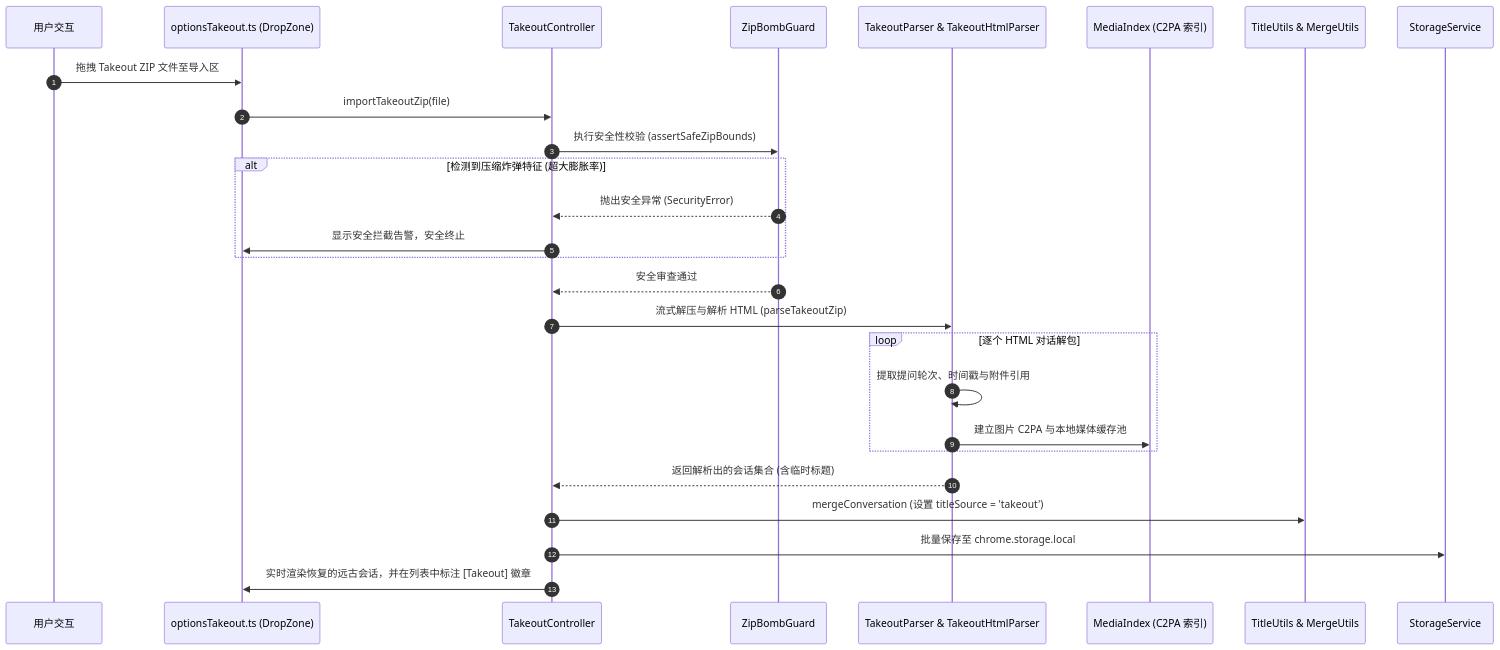
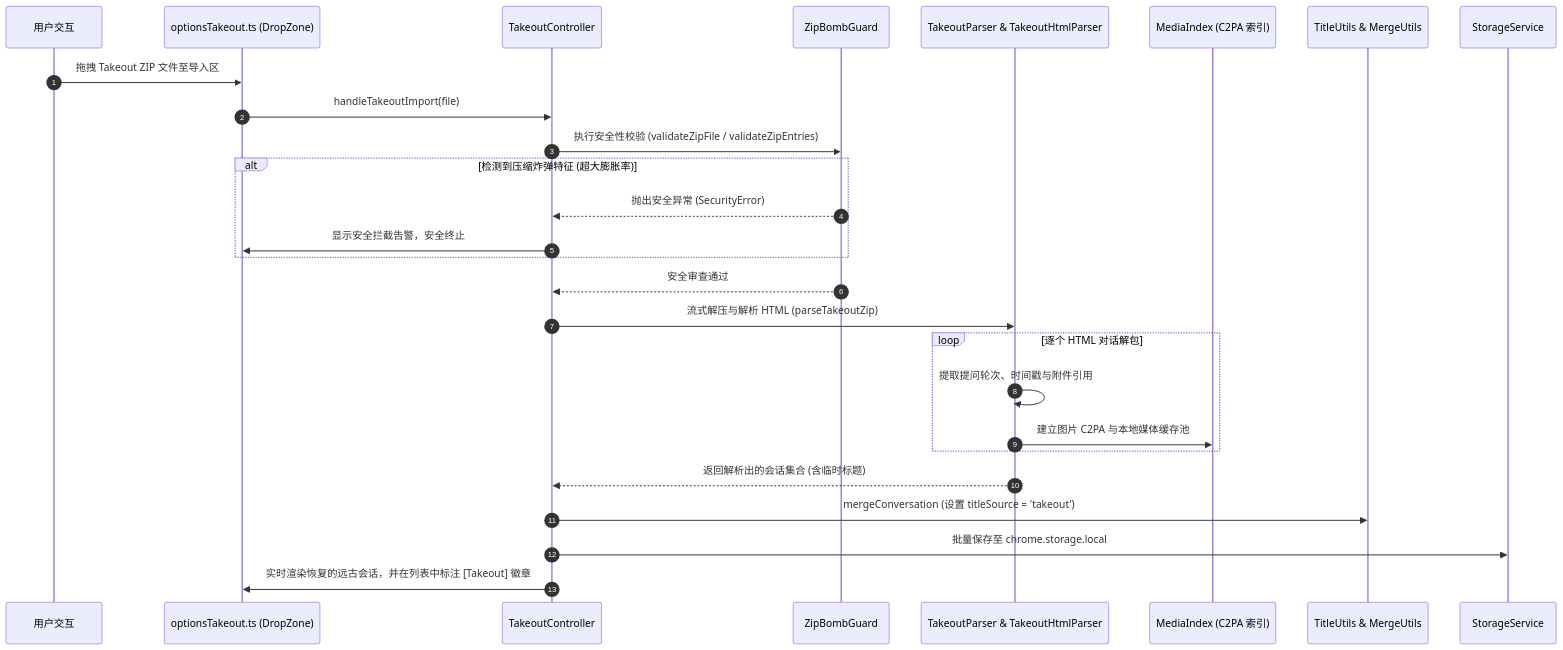
The fifth of 8 diagrams in docs/architecture.md (OTLFrostA/gemini-exporter), drawn with Mermaid before and after one commit. The commit also changed other lines of this file, not shown here.

````diff
--- a/docs/architecture.md
+++ b/docs/architecture.md
@@ -480,30 +479,30 @@
 ```mermaid
 sequenceDiagram
     autonumber
     participant User as 用户交互
     participant UI as optionsTakeout.ts (DropZone)
     participant Ctrl as TakeoutController
     participant Guard as ZipBombGuard
     participant Parser as TakeoutParser & TakeoutHtmlParser
     participant Media as MediaIndex (C2PA 索引)
     participant SSoT as TitleUtils & MergeUtils
     participant Store as StorageService
 
     User->>UI: 拖拽 Takeout ZIP 文件至导入区
-    UI->>Ctrl: importTakeoutZip(file)
-    Ctrl->>Guard: 执行安全性校验 (assertSafeZipBounds)
+    UI->>Ctrl: handleTakeoutImport(file)
+    Ctrl->>Guard: 执行安全性校验 (validateZipFile / validateZipEntries)
     alt 检测到压缩炸弹特征 (超大膨胀率)
         Guard-->>Ctrl: 抛出安全异常 (SecurityError)
         Ctrl->>UI: 显示安全拦截告警，安全终止
     end
     Guard-->>Ctrl: 安全审查通过
     Ctrl->>Parser: 流式解压与解析 HTML (parseTakeoutZip)
     loop 逐个 HTML 对话解包
         Parser->>Parser: 提取提问轮次、时间戳与附件引用
         Parser->>Media: 建立图片 C2PA 与本地媒体缓存池
     end
     Parser-->>Ctrl: 返回解析出的会话集合 (含临时标题)
     Ctrl->>SSoT: mergeConversation (设置 titleSource = 'takeout')
     Ctrl->>Store: 批量保存至 chrome.storage.local
     Ctrl->>UI: 实时渲染恢复的远古会话，并在列表中标注 [Takeout] 徽章
 ```
````
